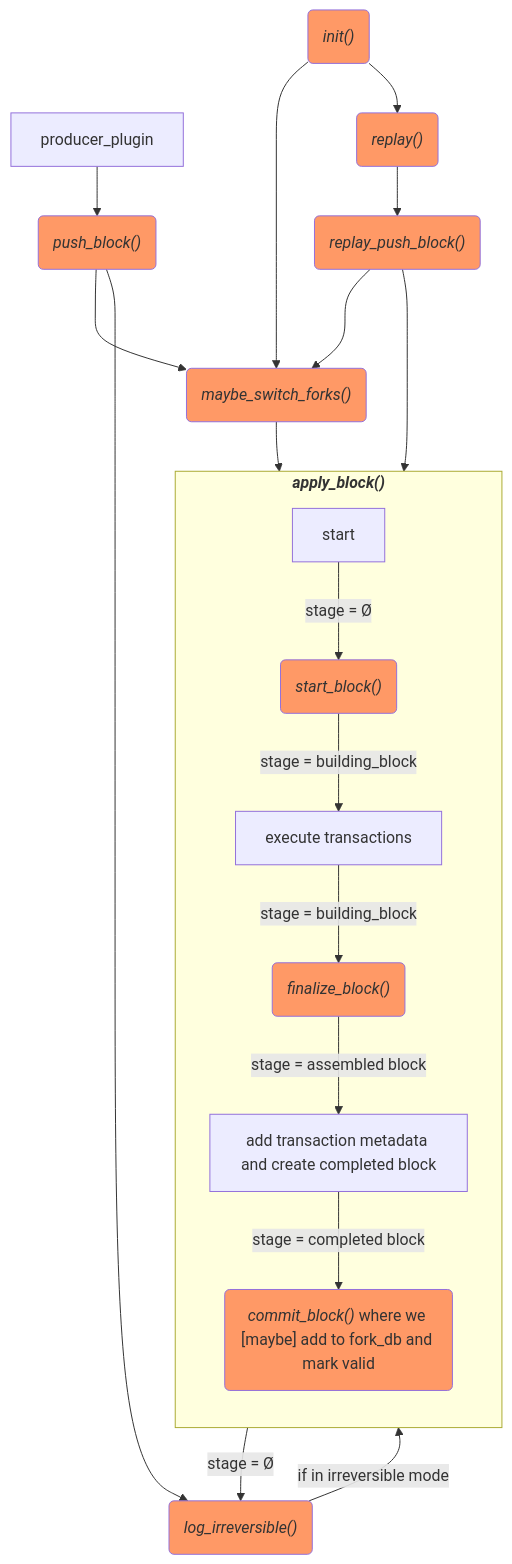
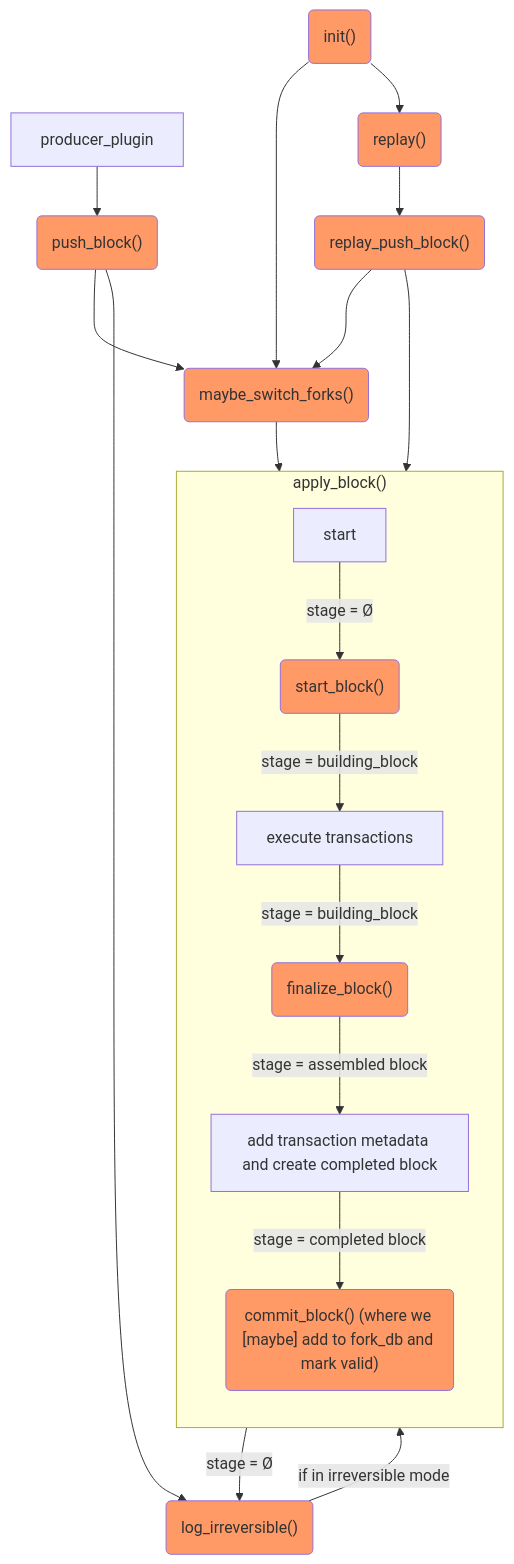
The diagram in docs/block_production/lifecycle.md (AntelopeIO/leap), drawn with Mermaid before and after one commit.

Commit message:
Embedded markdown does not seem to work correctly in github mermaid.

````diff
--- a/docs/block_production/lifecycle.md
+++ b/docs/block_production/lifecycle.md
@@ -3,25 +3,25 @@
 ```mermaid
 flowchart TD
     pp[producer_plugin] --> D
-    A("`_replay()_`"):::fun --> B("`_replay_push_block()_`"):::fun
-    B --> E("`_maybe_switch_forks()_`"):::fun
-    C("`_init()_`"):::fun ---> E
+    A("replay()"):::fun --> B("replay_push_block()"):::fun
+    B --> E("maybe_switch_forks()"):::fun
+    C("init()"):::fun ---> E
     C --> A
-    D("`_push_block()_`"):::fun ---> E
-    subgraph G["`**_apply_block()_**`"]
+    D("push_block()"):::fun ---> E
+    subgraph G["apply_block()"]
        direction TB
        start -- "stage = &Oslash;" --> sb
-       sb("`_start_block()_`"):::fun -- "stage = building_block" --> et
-       et["execute transactions" ] -- "stage = building_block" --> fb("`_finalize_block()_`"):::fun
+       sb("start_block()"):::fun -- "stage = building_block" --> et
+       et["execute transactions" ] -- "stage = building_block" --> fb("finalize_block()"):::fun
        fb -- "stage = assembled block" --> cb["add transaction metadata and create completed block"]
-       cb -- "stage = completed block" --> commit("`_commit_block()_ where we [maybe] add to fork_db and mark valid`"):::fun
+       cb -- "stage = completed block" --> commit("commit_block() (where we [maybe] add to fork_db and mark valid)"):::fun
 
     end
     B ----> start
     E --> G
-    D --> F("`_log_irreversible()_`"):::fun
+    D --> F("log_irreversible()"):::fun
     commit -- "stage =  &Oslash;" -->  F
     F -- "if in irreversible mode" --> G
 
     classDef fun fill:#f96
 ```
````
